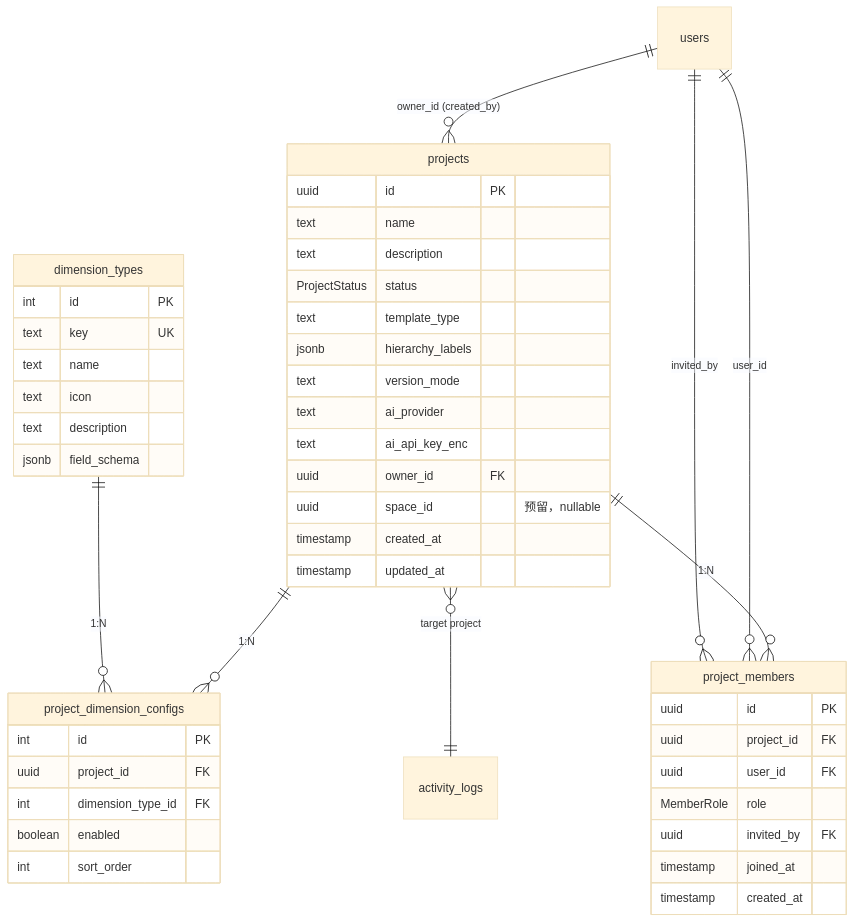
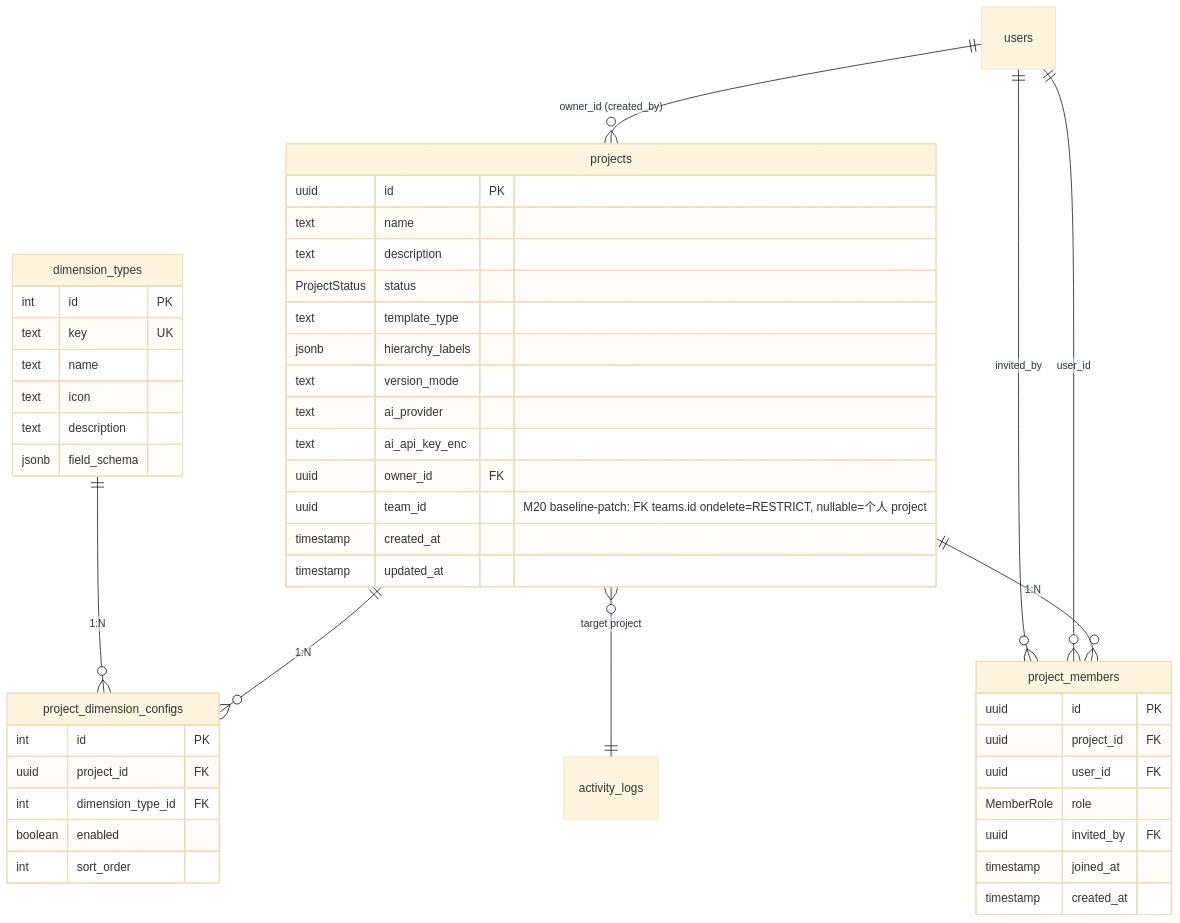
One commit to CY1005/prism-0420 changed the second of 3 diagrams in design/02-modules/M02-project/00-design.md. Above: the diagram before and after it, drawn with Mermaid (base theme). The commit also changed other lines of this file and 3 other files, not shown here.

````diff
--- a/design/02-modules/M02-project/00-design.md
+++ b/design/02-modules/M02-project/00-design.md
@@ -106,53 +106,53 @@
 ```mermaid
 erDiagram
     users ||--o{ projects : "owner_id (created_by)"
     projects ||--o{ project_members : "1:N"
     users ||--o{ project_members : "user_id"
     users ||--o{ project_members : "invited_by"
     projects ||--o{ project_dimension_configs : "1:N"
     dimension_types ||--o{ project_dimension_configs : "1:N"
     projects }o--|| activity_logs : "target project"
 
     projects {
         uuid id PK
         text name
         text description
         ProjectStatus status
         text template_type
         jsonb hierarchy_labels
         text version_mode
         text ai_provider
         text ai_api_key_enc
         uuid owner_id FK
-        uuid space_id "预留，nullable"
+        uuid team_id "M20 baseline-patch: FK teams.id ondelete=RESTRICT, nullable=个人 project"
         timestamp created_at
         timestamp updated_at
     }
 
     project_members {
         uuid id PK
         uuid project_id FK
         uuid user_id FK
         MemberRole role
         uuid invited_by FK
         timestamp joined_at
         timestamp created_at
     }
 
     project_dimension_configs {
         int id PK
         uuid project_id FK
         int dimension_type_id FK
         boolean enabled
         int sort_order
     }
 
     dimension_types {
         int id PK
         text key UK
         text name
         text icon
         text description
         jsonb field_schema
     }
 ```
````
